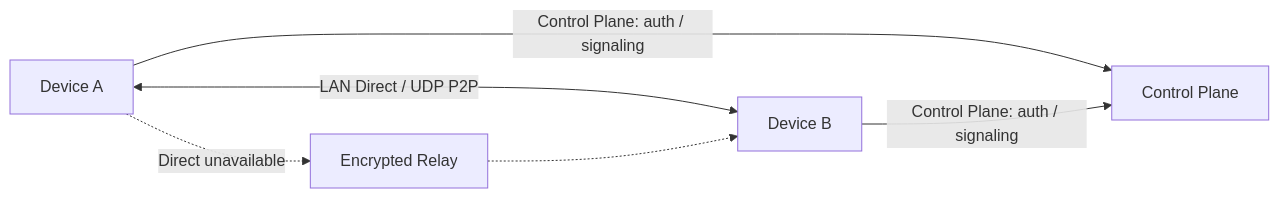
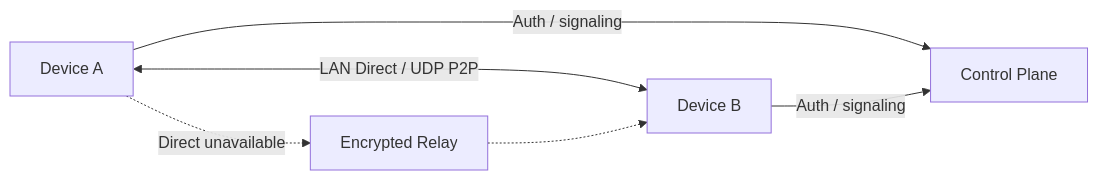
The diagram in README.en.md (yhan-sun/p2wlan), drawn with Mermaid before and after one commit. The commit also changed other lines of this file and 3 other files, not shown here.

````diff
--- a/README.en.md
+++ b/README.en.md
@@ -115,8 +144,8 @@
 ```mermaid
 flowchart LR
     A[Device A] <-->|"LAN Direct / UDP P2P"| B[Device B]
-    A -->|"Control Plane: auth / signaling"| C[Control Plane]
-    B -->|"Control Plane: auth / signaling"| C
+    A -->|"Auth / signaling"| C[Control Plane]
+    B -->|"Auth / signaling"| C
     A -.->|"Direct unavailable"| R[Encrypted Relay]
     R -.-> B
 ```
````
